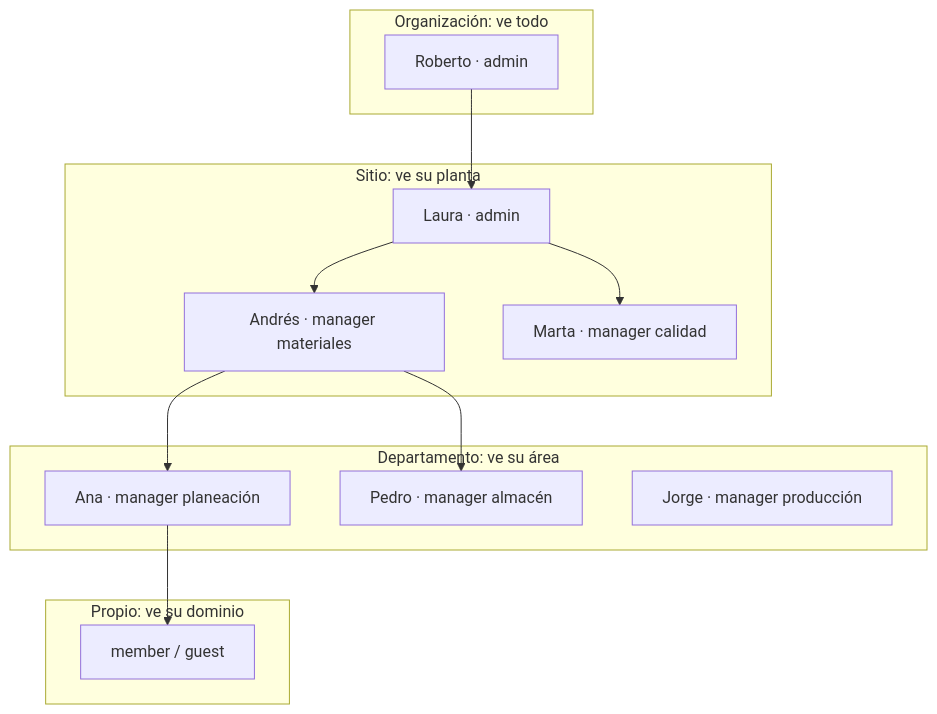
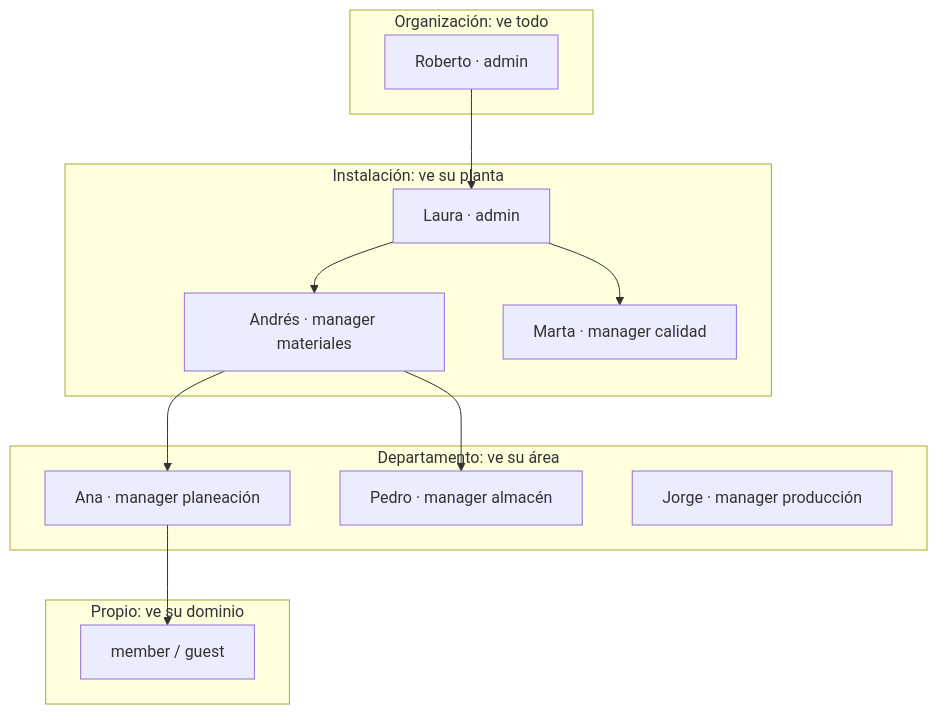
The second of 3 diagrams in docs/proyecto/ROLES.md (reeinharddd/docu), drawn with Mermaid before and after one commit. The commit also changed other lines of this file and 49 other files, not shown here.

````diff
--- a/docs/proyecto/ROLES.md
+++ b/docs/proyecto/ROLES.md
@@ -296,25 +296,25 @@
 ```mermaid
 graph TD
     subgraph ORG["Organización: ve todo"]
         R["Roberto · admin"]
     end
-    subgraph SITIO["Sitio: ve su planta"]
+    subgraph INSTALACION["Instalación: ve su planta"]
         L["Laura · admin"]
         A["Andrés · manager materiales"]
         M5["Marta · manager calidad"]
     end
     subgraph DEPTO["Departamento: ve su área"]
         A4["Ana · manager planeación"]
         P7["Pedro · manager almacén"]
         J9["Jorge · manager producción"]
     end
     subgraph PROPIO["Propio: ve su dominio"]
         ME["member / guest"]
     end
     R --> L
     L --> A
     L --> M5
     A --> A4
     A --> P7
     A4 --> ME
 ```
````
